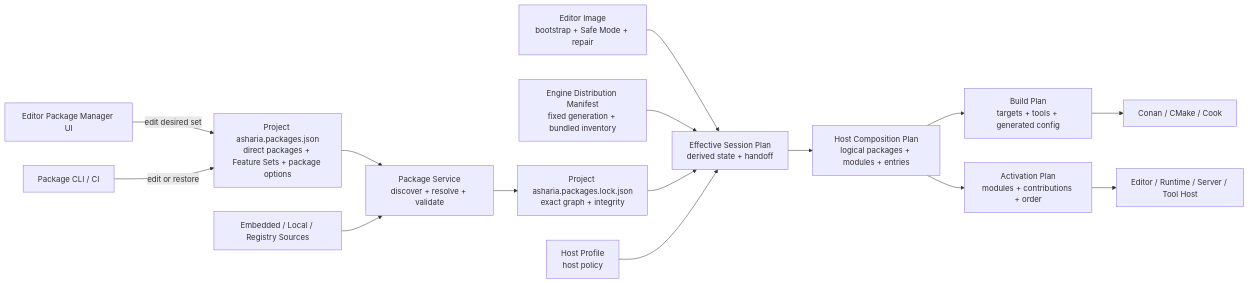
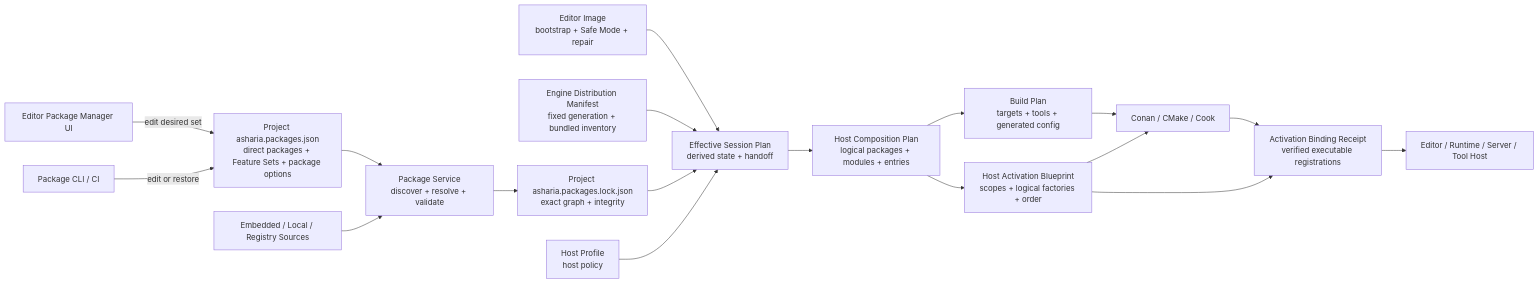
Before and after one commit to 66six11/Engine: the first of 5 diagrams in docs/planning/system-architecture-roadmap.md, drawn with Mermaid. The commit also changed other lines of this file and 12 other files, not shown here.

Commit message:
feat: add host activation blueprint v1

````diff
--- a/docs/planning/system-architecture-roadmap.md
+++ b/docs/planning/system-architecture-roadmap.md
@@ -289,33 +292,37 @@
 ```mermaid
 flowchart LR
     EditorUI["Editor Package Manager UI"]
     CLI["Package CLI / CI"]
     Image["Editor Image<br/>bootstrap + Safe Mode + repair"]
     Distribution["Engine Distribution Manifest<br/>fixed generation + bundled inventory"]
     Manifest["Project asharia.packages.json<br/>direct packages + Feature Sets + package options"]
     Sources["Embedded / Local / Registry Sources"]
     Service["Package Service<br/>discover + resolve + validate"]
     Lock["Project asharia.packages.lock.json<br/>exact graph + integrity"]
     Profile["Host Profile<br/>host policy"]
     Session["Effective Session Plan<br/>derived state + handoff"]
     Composition["Host Composition Plan<br/>logical packages + modules + entries"]
     BuildPlan["Build Plan<br/>targets + tools + generated config"]
-    Activation["Activation Plan<br/>modules + contributions + order"]
+    Blueprint["Host Activation Blueprint<br/>scopes + logical factories + order"]
+    Binding["Activation Binding Receipt<br/>verified executable registrations"]
     Build["Conan / CMake / Cook"]
     Host["Editor / Runtime / Server / Tool Host"]
 
     EditorUI -->|"edit desired set"| Manifest
     CLI -->|"edit or restore"| Manifest
     Manifest --> Service
     Sources --> Service
     Service --> Lock
     Image --> Session
     Distribution --> Session
     Lock --> Session
     Profile --> Session
     Session --> Composition
     Composition --> BuildPlan
-    Composition --> Activation
+    Composition --> Blueprint
     BuildPlan --> Build
-    Activation --> Host
+    Blueprint --> Build
+    Build --> Binding
+    Blueprint --> Binding
+    Binding --> Host
 ```
````
